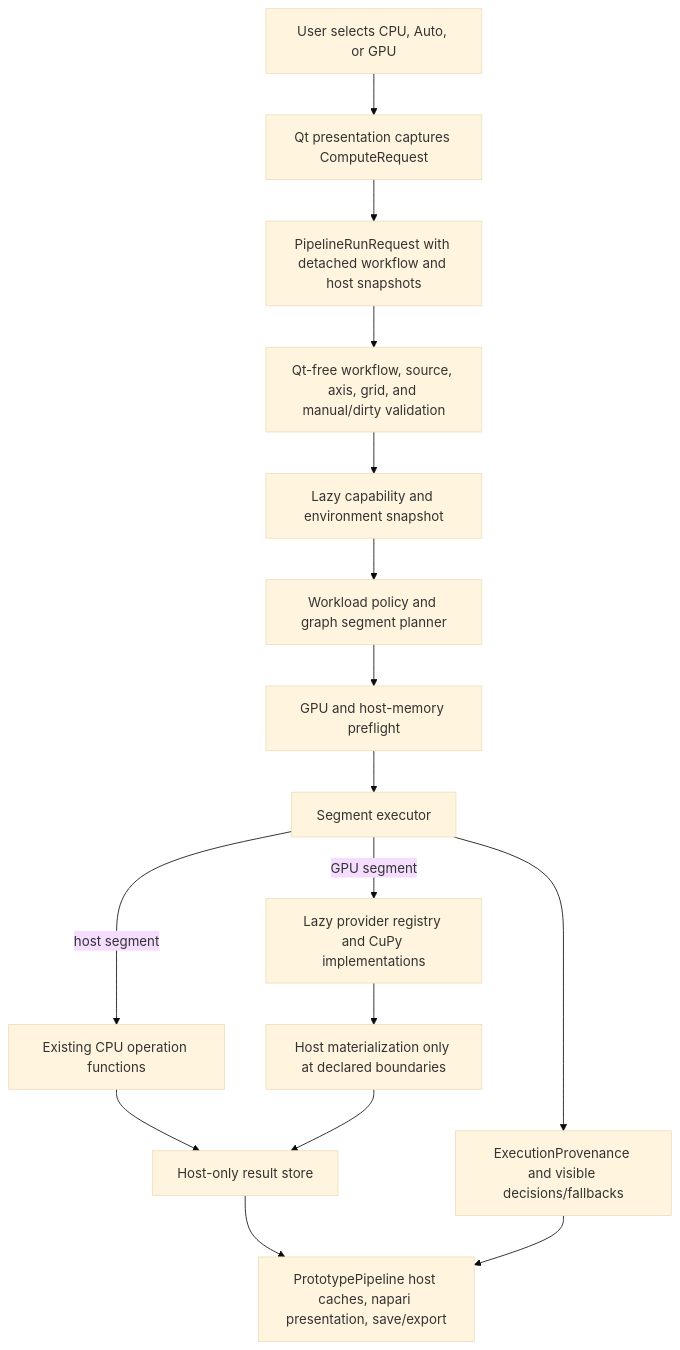
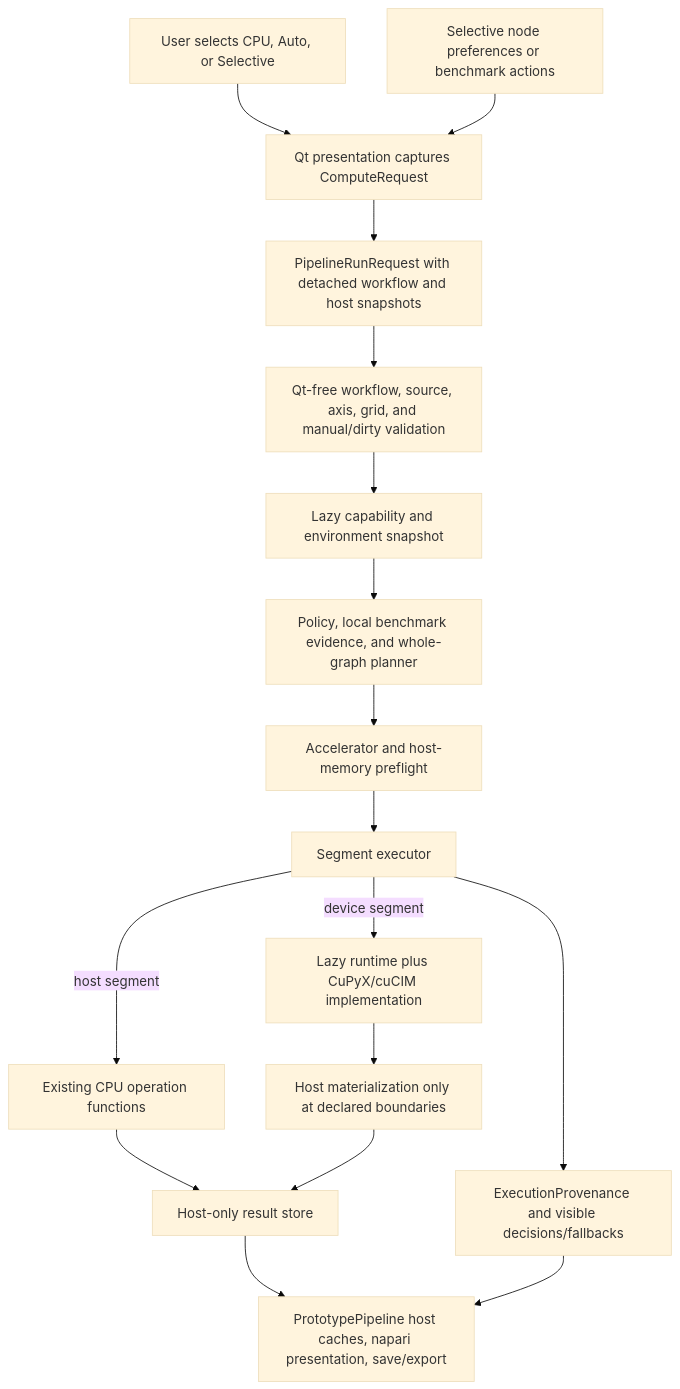
Before and after one commit to rensutheart/napari-vipp: the diagram in docs/gpu-production-implementation-plan.md, drawn with Mermaid (base theme). The commit also changed other lines of this file and 7 other files, not shown here.

````diff
--- a/docs/gpu-production-implementation-plan.md
+++ b/docs/gpu-production-implementation-plan.md
@@ -239,18 +295,19 @@
 ```mermaid
 flowchart TD
-    U["User selects CPU, Auto, or GPU"] --> UI["Qt presentation captures ComputeRequest"]
+    U["User selects CPU, Auto, or Selective"] --> UI["Qt presentation captures ComputeRequest"]
+    S["Selective node preferences or benchmark actions"] --> UI
     UI --> R["PipelineRunRequest with detached workflow and host snapshots"]
     R --> V["Qt-free workflow, source, axis, grid, and manual/dirty validation"]
     V --> C["Lazy capability and environment snapshot"]
-    C --> P["Workload policy and graph segment planner"]
-    P --> M["GPU and host-memory preflight"]
+    C --> P["Policy, local benchmark evidence, and whole-graph planner"]
+    P --> M["Accelerator and host-memory preflight"]
     M --> E["Segment executor"]
     E -->|"host segment"| CPU["Existing CPU operation functions"]
-    E -->|"GPU segment"| GPU["Lazy provider registry and CuPy implementations"]
+    E -->|"device segment"| GPU["Lazy runtime plus CuPyX/cuCIM implementation"]
     GPU --> B["Host materialization only at declared boundaries"]
     CPU --> H["Host-only result store"]
     B --> H
     H --> O["PrototypePipeline host caches, napari presentation, save/export"]
     E --> PR["ExecutionProvenance and visible decisions/fallbacks"]
     PR --> O
 ```
````
